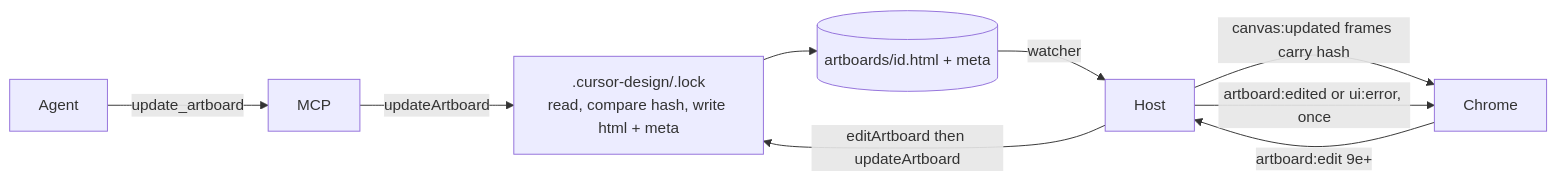
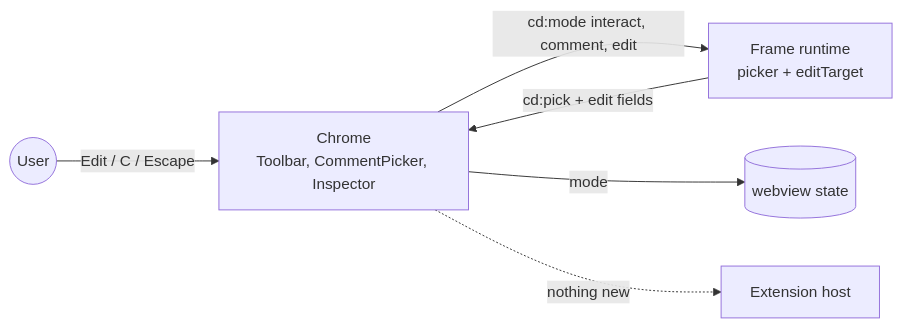
Before and after one commit to MarekBombera/cursor-design-extension: the first of 2 diagrams in blueprint/context/current-feature-overview.md, drawn with Mermaid. The commit also changed other lines of this file and 40 other files, not shown here.

First line of the commit message:
feat: 9d edit mode and element selection

````diff
--- a/blueprint/context/current-feature-overview.md
+++ b/blueprint/context/current-feature-overview.md
@@ -23,11 +16,8 @@
 ```mermaid
 flowchart LR
-  Agent -->|update_artboard| MCP
-  Chrome -->|artboard:edit 9e+| Host
-  MCP -->|updateArtboard| Lock
-  Host -->|editArtboard then updateArtboard| Lock
-  Lock[".cursor-design/.lock<br/>read, compare hash, write html + meta"] --> Disk[(artboards/id.html + meta)]
-  Disk -->|watcher| Host
-  Host -->|canvas:updated frames carry hash| Chrome
-  Host -->|artboard:edited or ui:error, once| Chrome
+  User((User)) -->|Edit / C / Escape| Chrome["Chrome<br/>Toolbar, CommentPicker, Inspector"]
+  Chrome -->|cd:mode interact, comment, edit| Frame["Frame runtime<br/>picker + editTarget"]
+  Frame -->|cd:pick + edit fields| Chrome
+  Chrome -->|mode| State[("webview state")]
+  Chrome -.->|nothing new| Host["Extension host"]
 ```
````
